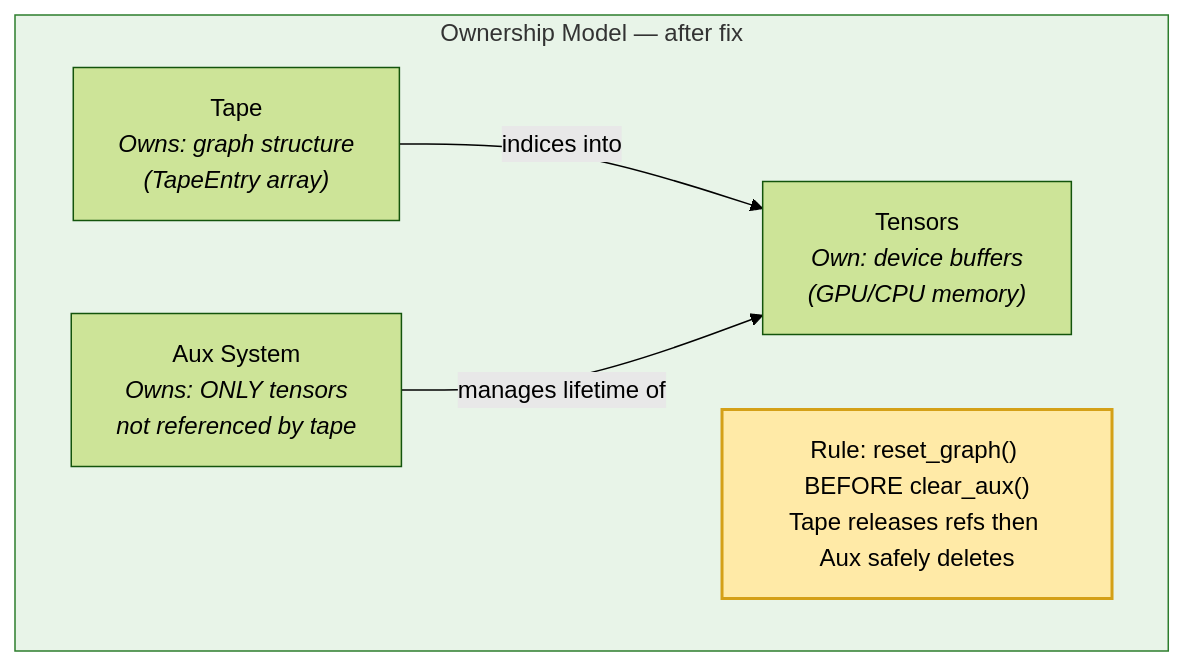
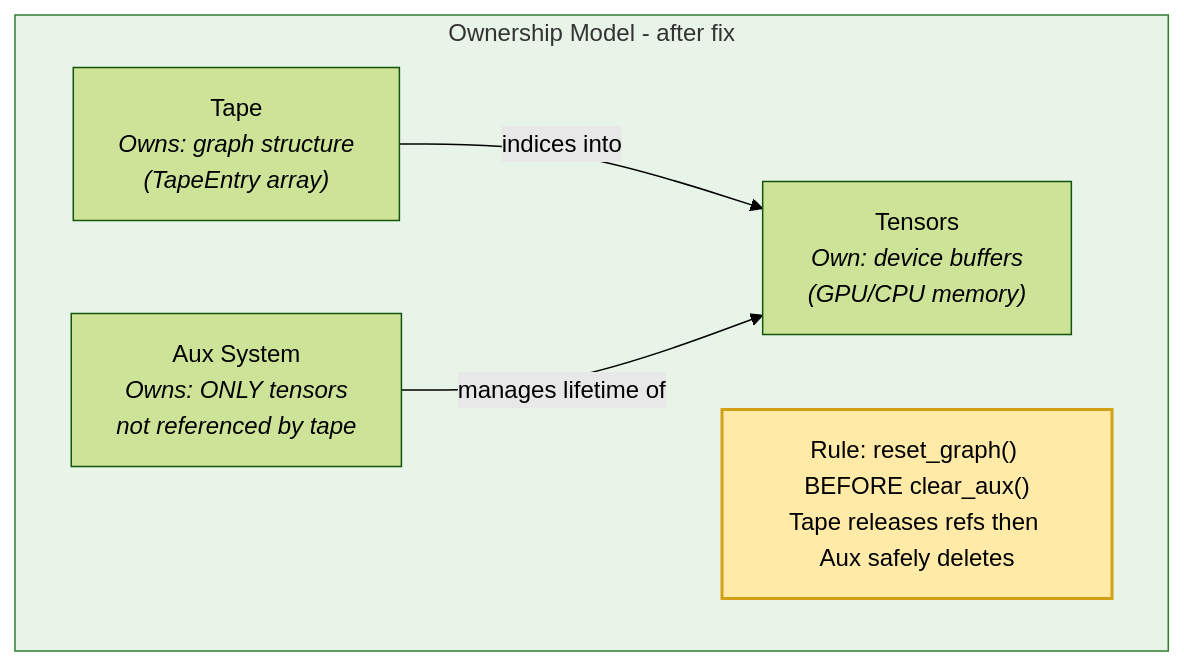
Diagram 11 of 14 in src/content/projects/paragrad-engine.md (codevardhan/codevardhan.github.io), drawn with Mermaid (forest theme) before and after one commit. The commit also changed other lines of this file and 2 other files, not shown here.

````diff
--- a/src/content/projects/paragrad-engine.md
+++ b/src/content/projects/paragrad-engine.md
@@ -342,15 +347,15 @@
 ```mermaid
 graph TB
-    subgraph ownership["Ownership Model — after fix"]
+    subgraph ownership["Ownership Model - after fix"]
         style ownership fill:#e8f4e8,stroke:#2d7d2d
         TAPE["Tape<br/><i>Owns: graph structure<br/>#40;TapeEntry array#41;</i>"]
         TENSORS["Tensors<br/><i>Own: device buffers<br/>#40;GPU/CPU memory#41;</i>"]
         AUX["Aux System<br/><i>Owns: ONLY tensors<br/>not referenced by tape</i>"]
 
         TAPE -->|"indices into"| TENSORS
         AUX -->|"manages lifetime of"| TENSORS
 
         RULE["Rule: reset_graph#40;#41; BEFORE clear_aux#40;#41;<br/>Tape releases refs then Aux safely deletes"]
         style RULE fill:#ffeaa7,stroke:#d4a017,stroke-width:2px
     end
 ```
````
